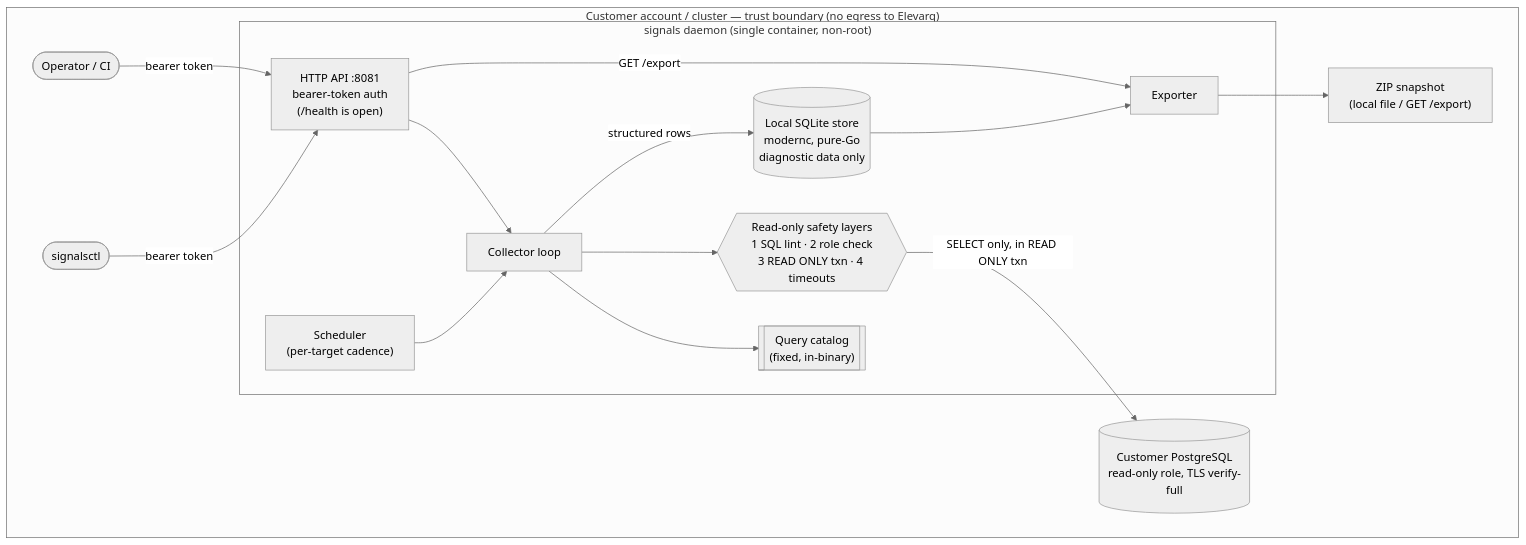
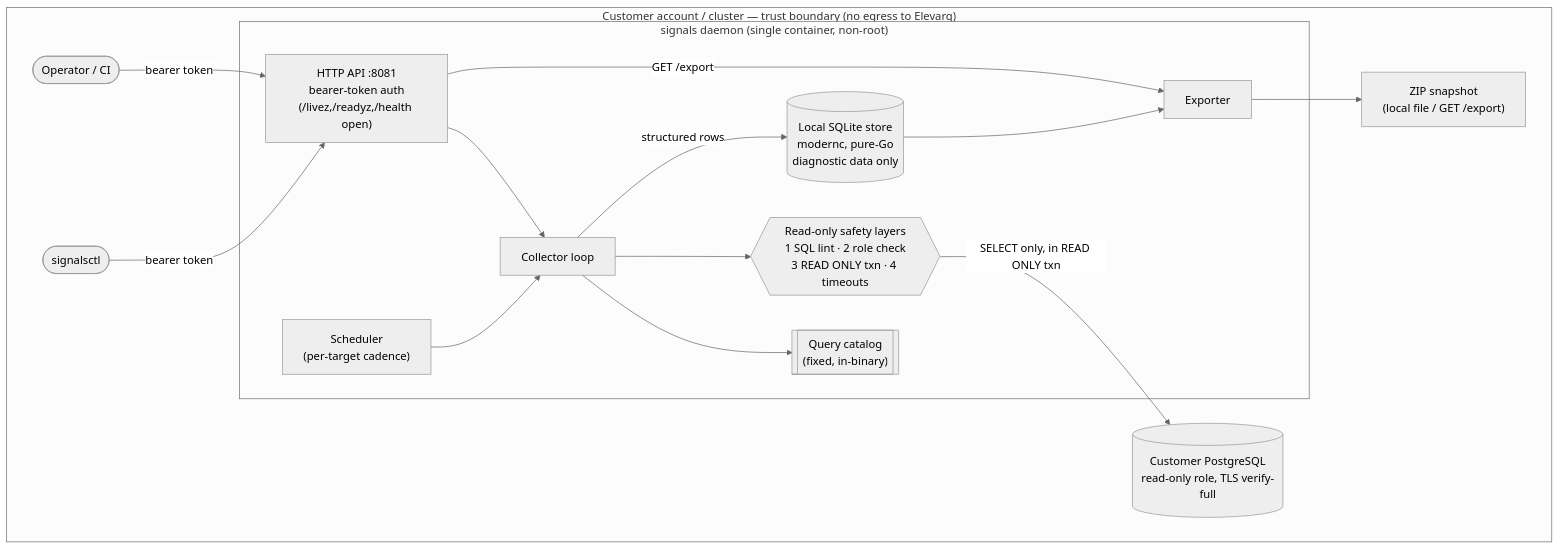
Before and after one commit to Elevarq/Signals: the diagram in docs/architecture.md, drawn with Mermaid (neutral theme). The commit also changed other lines of this file and 7 other files, not shown here.

First line of the commit message:
Split /health into /livez + /readyz so probes reflect real health (#442) (#446)

````diff
--- a/docs/architecture.md
+++ b/docs/architecture.md
@@ -15,32 +15,32 @@
 ```mermaid
 flowchart TB
     subgraph customer["Customer account / cluster — trust boundary (no egress to Elevarq)"]
         operator(["Operator / CI"])
 
         subgraph daemon["signals daemon (single container, non-root)"]
-            api["HTTP API :8081<br/>bearer-token auth<br/>(/health is open)"]
+            api["HTTP API :8081<br/>bearer-token auth<br/>(/livez,/readyz,/health open)"]
             sched["Scheduler<br/>(per-target cadence)"]
             collector["Collector loop"]
             safety{{"Read-only safety layers<br/>1 SQL lint · 2 role check<br/>3 READ ONLY txn · 4 timeouts"}}
             catalog[["Query catalog<br/>(fixed, in-binary)"]]
             store[("Local SQLite store<br/>modernc, pure-Go<br/>diagnostic data only")]
             exporter["Exporter"]
         end
 
         cli(["signalsctl"])
         pg1[("Customer PostgreSQL<br/>read-only role, TLS verify-full")]
         snap["ZIP snapshot<br/>(local file / GET /export)"]
     end
 
     operator -->|"bearer token"| api
     cli -->|"bearer token"| api
     api --> collector
     sched --> collector
     collector --> catalog
     collector --> safety
     safety -->|"SELECT only, in READ ONLY txn"| pg1
     collector -->|"structured rows"| store
     store --> exporter
     exporter --> snap
     api -->|"GET /export"| exporter
 ```
````
